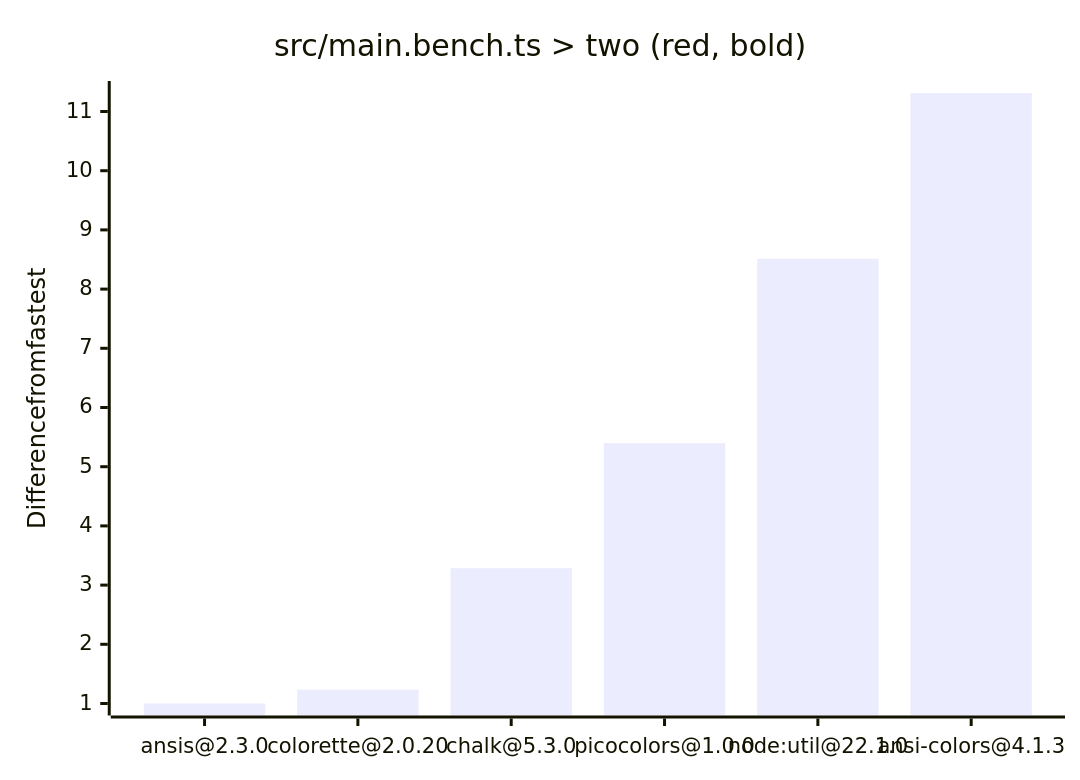
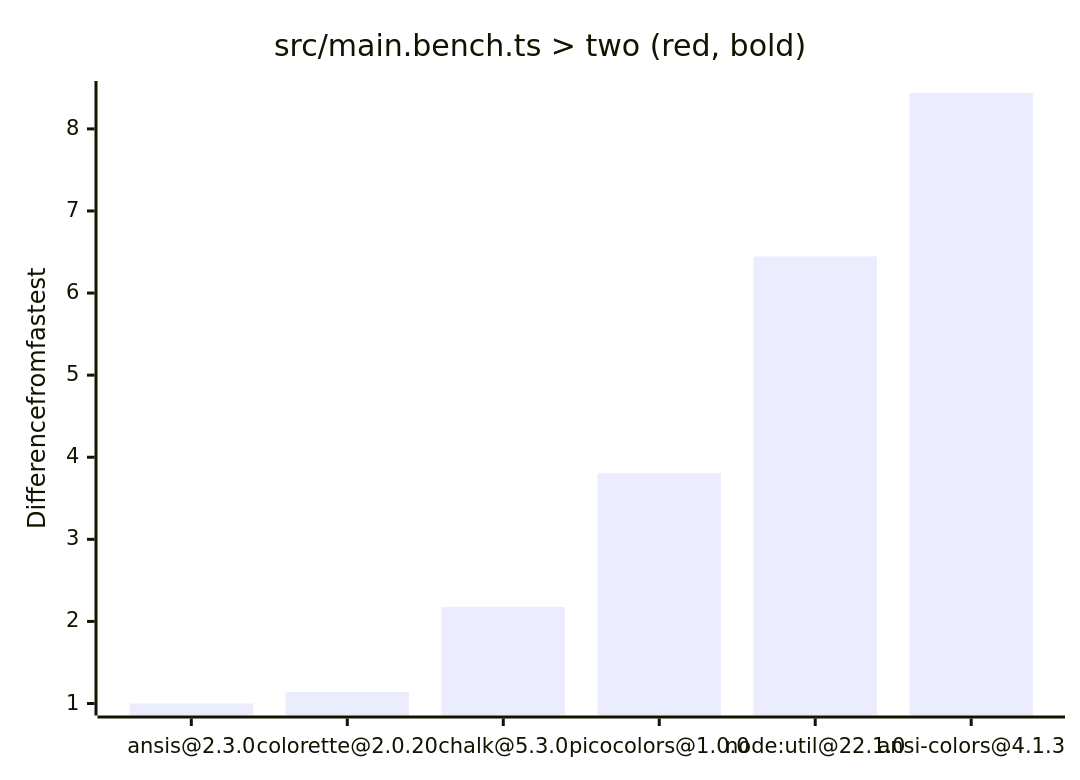
Before and after one commit to beeequeue/node-cli-colors-benchmark: the second of 4 diagrams in README.md, drawn with Mermaid. The commit also changed other lines of this file, not shown here.

Commit message:
Update graphs

````diff
--- a/README.md
+++ b/README.md
@@ -25,7 +25,7 @@
 ```mermaid
 xychart-beta
   title "src/main.bench.ts > two (red, bold)"
   x-axis ["ansis@2.3.0", "colorette@2.0.20", "chalk@5.3.0", "picocolors@1.0.0", "node:util@22.1.0", "ansi-colors@4.1.3"]
   y-axis Difference from fastest
-  bar [1.0000, 1.2335, 3.2860, 5.3988, 8.5129, 11.3125]
+  bar [1.0000, 1.1394, 2.1772, 3.8057, 6.4463, 8.4372]
 ```
````
